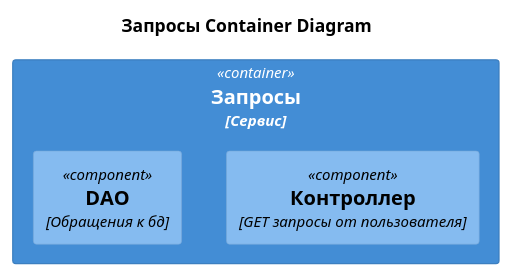
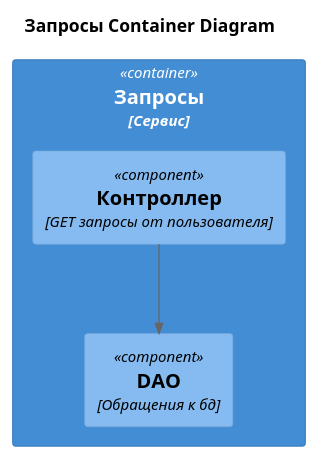
The diagram in smart-home-monolith/diagrams/component/Queries.puml (gyngazov/architecture-sprint-3), drawn with PlantUML before and after one commit. The commit also changed 3 other files, not shown here.

```diff
--- a/smart-home-monolith/diagrams/component/Queries.puml
+++ b/smart-home-monolith/diagrams/component/Queries.puml
@@ -1,13 +1,14 @@
 @startuml
 
 title Запросы Container Diagram
 
 top to bottom direction
 
 !includeurl https://raw.githubusercontent.com/RicardoNiepel/C4-PlantUML/master/C4_Component.puml
 
 Container(vsrv, "Запросы", "Сервис") {
     Component(ctrl, "Контроллер", "GET запросы от пользователя")
     Component(prd, "DAO", "Обращения к бд")
 }
+Rel(ctrl, prd, "")
 @enduml
```
